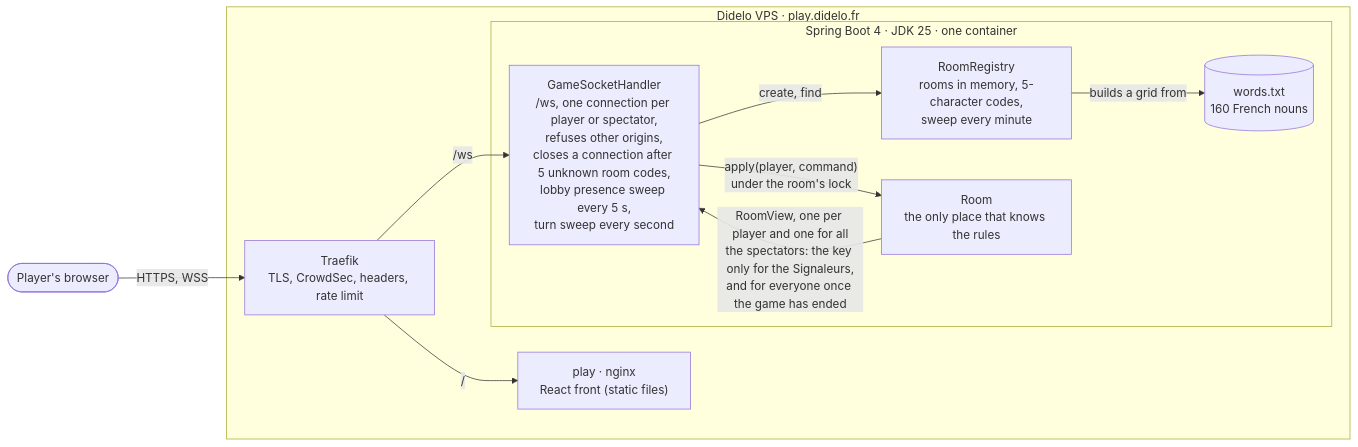
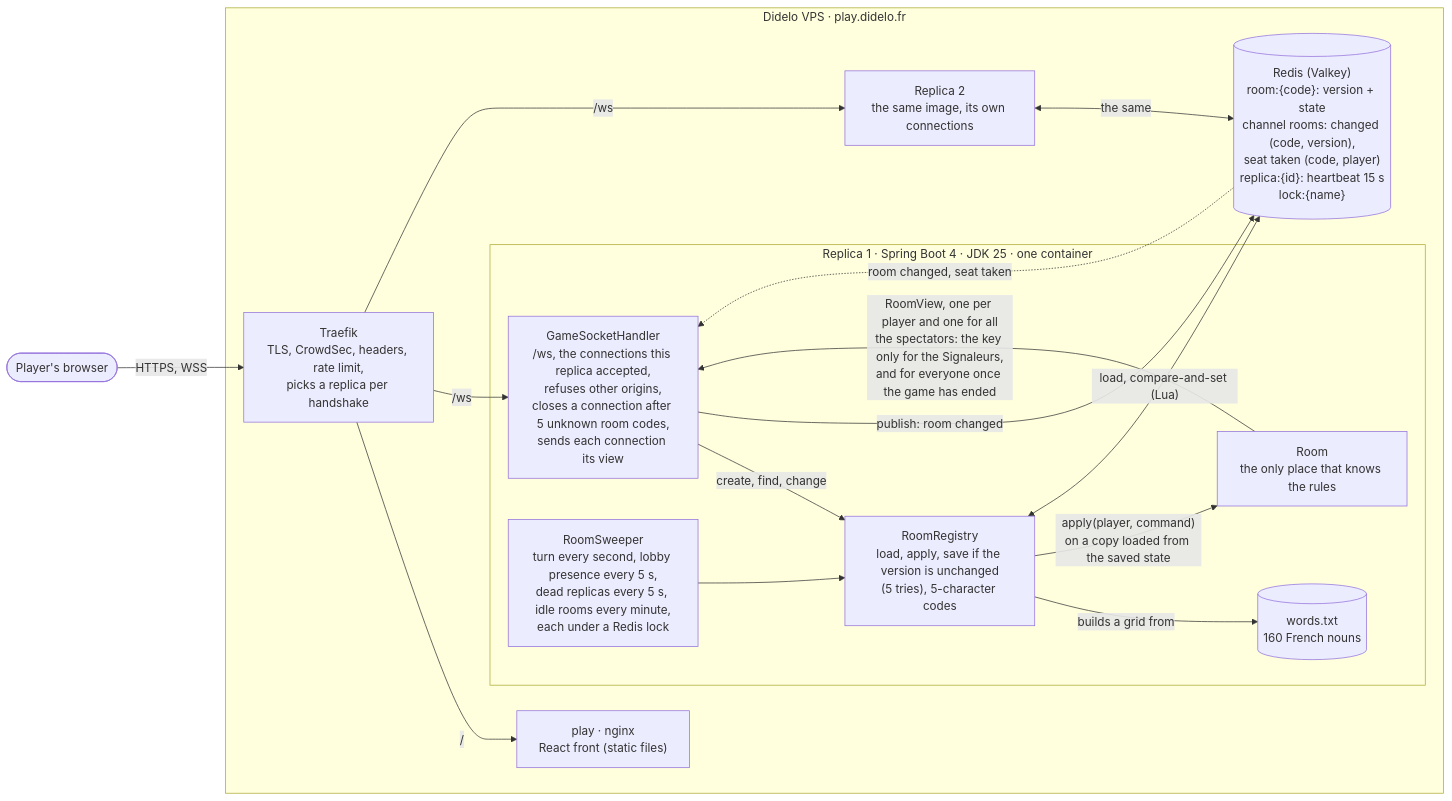
Before and after one commit to Didelo-lilian/semaphore: the second of 4 diagrams in README.md, drawn with Mermaid. The commit also changed other lines of this file and 45 other files, not shown here.

Commit message:
feat: keep the rooms in Redis, shared by the replicas

````diff
--- a/README.md
+++ b/README.md
@@ -114,23 +136,32 @@
 ```mermaid
 flowchart LR
   player([Player's browser])
 
   subgraph vps["Didelo VPS · play.didelo.fr"]
-    traefik["Traefik<br/>TLS, CrowdSec, headers, rate limit"]
+    traefik["Traefik<br/>TLS, CrowdSec, headers, rate limit,<br/>picks a replica per handshake"]
     front["play · nginx<br/>React front (static files)"]
-    subgraph app["Spring Boot 4 · JDK 25 · one container"]
-      handler["GameSocketHandler<br/>/ws, one connection per player or spectator,<br/>refuses other origins,<br/>closes a connection after 5 unknown room codes,<br/>lobby presence sweep every 5 s,<br/>turn sweep every second"]
-      registry["RoomRegistry<br/>rooms in memory, 5-character codes,<br/>sweep every minute"]
+    subgraph app["Replica 1 · Spring Boot 4 · JDK 25 · one container"]
+      handler["GameSocketHandler<br/>/ws, the connections this replica accepted,<br/>refuses other origins,<br/>closes a connection after 5 unknown room codes,<br/>sends each connection its view"]
+      sweeper["RoomSweeper<br/>turn every second, lobby presence every 5 s,<br/>dead replicas every 5 s, idle rooms every minute,<br/>each under a Redis lock"]
+      registry["RoomRegistry<br/>load, apply, save if the version is unchanged<br/>(5 tries), 5-character codes"]
       room["Room<br/>the only place that knows the rules"]
       words[("words.txt<br/>160 French nouns")]
     end
+    other["Replica 2<br/>the same image, its own connections"]
+    redis[("Redis (Valkey)<br/>room:{code}: version + state<br/>channel rooms: changed (code, version),<br/>seat taken (code, player)<br/>replica:{id}: heartbeat 15 s<br/>lock:{name}")]
   end
 
   player -->|"HTTPS, WSS"| traefik
   traefik -->|"/"| front
   traefik -->|"/ws"| handler
-  handler -->|"create, find"| registry
+  traefik -->|"/ws"| other
+  handler -->|"create, find, change"| registry
+  sweeper --> registry
   registry -->|"builds a grid from"| words
-  handler -->|"apply(player, command)<br/>under the room's lock"| room
+  registry -->|"apply(player, command)<br/>on a copy loaded from the saved state"| room
   room -->|"RoomView, one per player and one for all<br/>the spectators: the key only for the Signaleurs,<br/>and for everyone once the game has ended"| handler
+  registry <-->|"load, compare-and-set (Lua)"| redis
+  handler -->|"publish: room changed"| redis
+  redis -.->|"room changed, seat taken"| handler
+  other <-->|"the same"| redis
 ```
````
